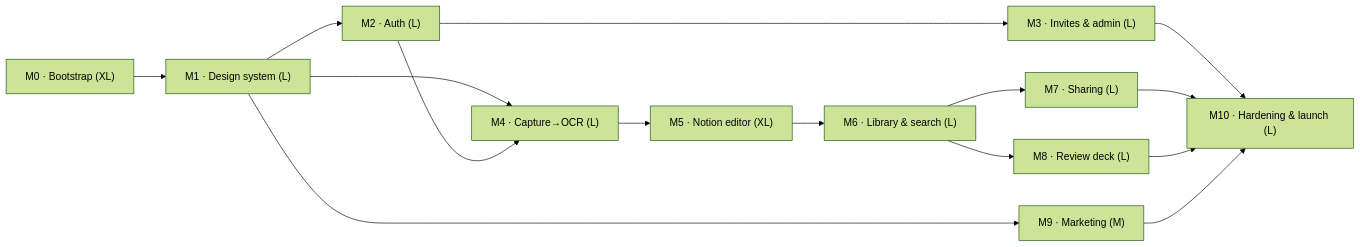
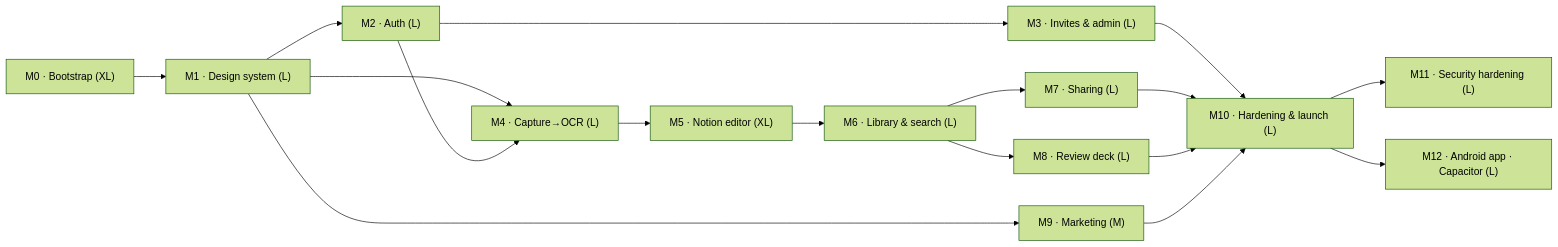
One commit to jasonp2323/transformmynotes changed the first of 2 diagrams in docs/milestones/ROADMAP.md. Above: the diagram before and after it, drawn with Mermaid (forest theme). The commit also changed other lines of this file and 3 other files, not shown here.

First line of the commit message:
docs(milestones): add M11 security hardening and M12 Android (Capacitor) specs

````diff
--- a/docs/milestones/ROADMAP.md
+++ b/docs/milestones/ROADMAP.md
@@ -18,17 +18,19 @@
 ```mermaid
 flowchart LR
   M0["M0 · Bootstrap (XL)"] --> M1["M1 · Design system (L)"]
   M1 --> M2["M2 · Auth (L)"]
   M1 --> M9["M9 · Marketing (M)"]
   M1 --> M4["M4 · Capture→OCR (L)"]
   M2 --> M3["M3 · Invites & admin (L)"]
   M2 --> M4
   M4 --> M5["M5 · Notion editor (XL)"]
   M5 --> M6["M6 · Library & search (L)"]
   M6 --> M7["M7 · Sharing (L)"]
   M6 --> M8["M8 · Review deck (L)"]
   M3 --> M10["M10 · Hardening & launch (L)"]
   M7 --> M10
   M8 --> M10
   M9 --> M10
+  M10 --> M11["M11 · Security hardening (L)"]
+  M10 --> M12["M12 · Android app · Capacitor (L)"]
 ```
````
